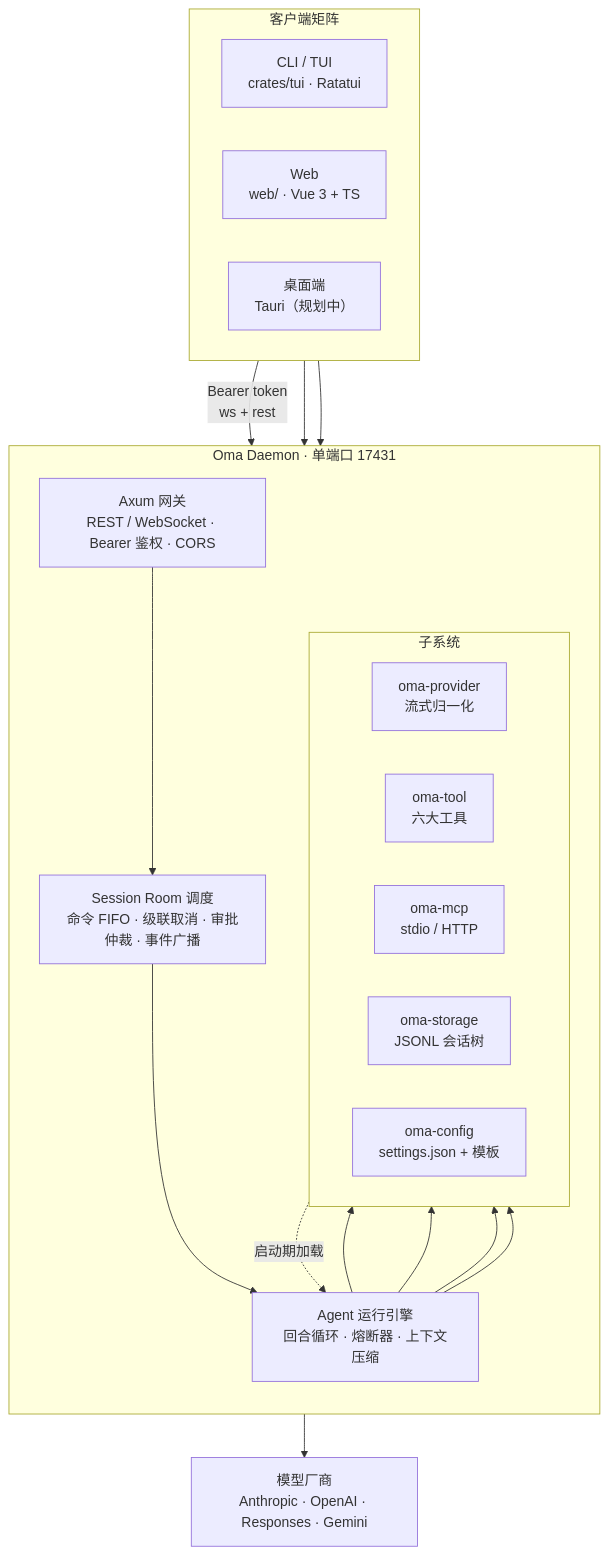
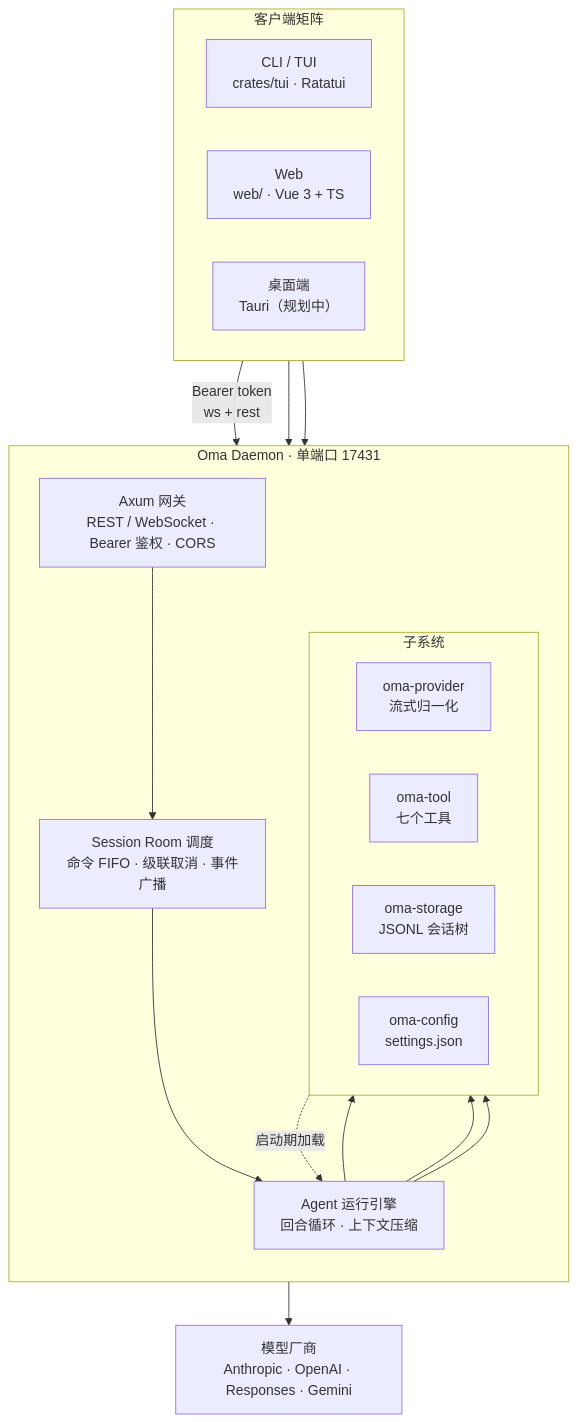
One commit to waittide/oma changed the diagram in README.md. Above: the diagram before and after it, drawn with Mermaid. The commit also changed other lines of this file and 3 other files, not shown here.

````diff
--- a/README.md
+++ b/README.md
@@ -105,36 +91,34 @@
 ```mermaid
 flowchart TB
     subgraph Clients["客户端矩阵"]
         direction LR
         TUI["CLI / TUI<br/>crates/tui · Ratatui"]
         WEB["Web<br/>web/ · Vue 3 + TS"]
         DESK["桌面端<br/>Tauri（规划中）"]
     end
 
     subgraph Daemon["Oma Daemon · 单端口 17431"]
         direction TB
         GW["Axum 网关<br/>REST / WebSocket · Bearer 鉴权 · CORS"]
-        ROOM["Session Room 调度<br/>命令 FIFO · 级联取消 · 审批仲裁 · 事件广播"]
-        ENGINE["Agent 运行引擎<br/>回合循环 · 熔断器 · 上下文压缩"]
+        ROOM["Session Room 调度<br/>命令 FIFO · 级联取消 · 事件广播"]
+        ENGINE["Agent 运行引擎<br/>回合循环 · 上下文压缩"]
         subgraph Sub["子系统"]
             direction LR
             PROV["oma-provider<br/>流式归一化"]
-            TOOL["oma-tool<br/>六大工具"]
-            MCP["oma-mcp<br/>stdio / HTTP"]
+            TOOL["oma-tool<br/>七个工具"]
             STORE["oma-storage<br/>JSONL 会话树"]
-            CONF["oma-config<br/>settings.json + 模板"]
+            CONF["oma-config<br/>settings.json"]
         end
     end
 
     VENDORS["模型厂商<br/>Anthropic · OpenAI · Responses · Gemini"]
 
     TUI -->|"Bearer token<br/>ws + rest"| GW
     WEB --> GW
     DESK --> GW
     GW --> ROOM --> ENGINE
     ENGINE --> PROV --> VENDORS
     ENGINE --> TOOL
-    ENGINE --> MCP
     ENGINE --> STORE
     CONF -.->|"启动期加载"| ENGINE
 ```
````
